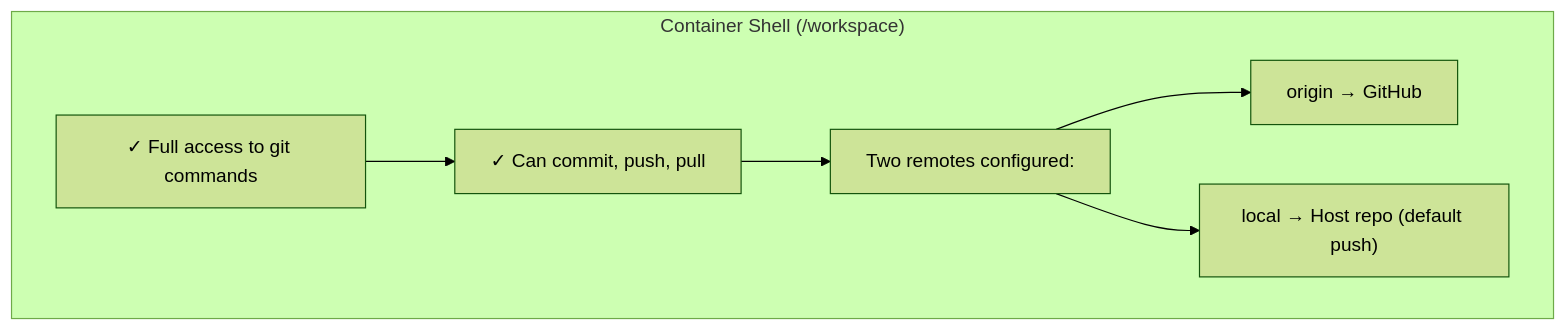
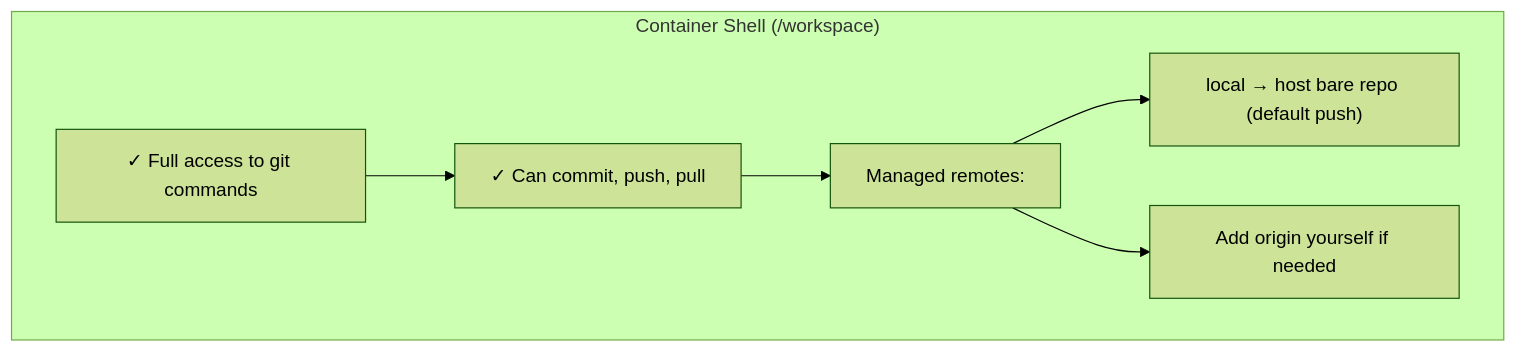
One commit to novotnyllc/ContainAI changed the first of 3 diagrams in docs/usage/inside-containers.md. Above: the diagram before and after it, drawn with Mermaid (forest theme). The commit also changed other lines of this file and 15 other files, not shown here.

First line of the commit message:
Enhance local remote management and synchronization in containerized git workflows

````diff
--- a/docs/usage/inside-containers.md
+++ b/docs/usage/inside-containers.md
@@ -34,12 +34,12 @@
 ```mermaid
 graph TB
-    subgraph "Container Shell (/workspace)"
-        A["✓ Full access to git commands"]
-        B["✓ Can commit, push, pull"]
-        C["Two remotes configured:"]
-        D["origin → GitHub"]
-        E["local → Host repo (default push)"]
-        A --> B --> C --> D
-        C --> E
-    end
+   subgraph "Container Shell (/workspace)"
+      A["✓ Full access to git commands"]
+      B["✓ Can commit, push, pull"]
+      C["Managed remotes:"]
+      D["local → host bare repo (default push)"]
+      E["Add origin yourself if needed"]
+      A --> B --> C --> D
+      C --> E
+   end
 ```
````
